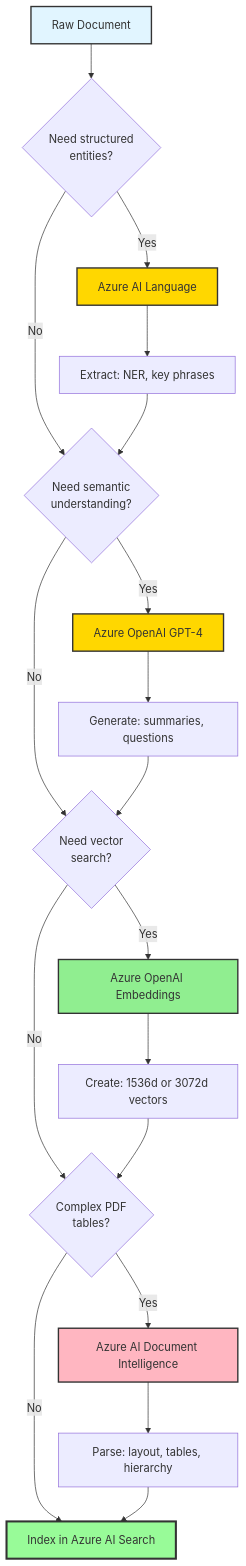
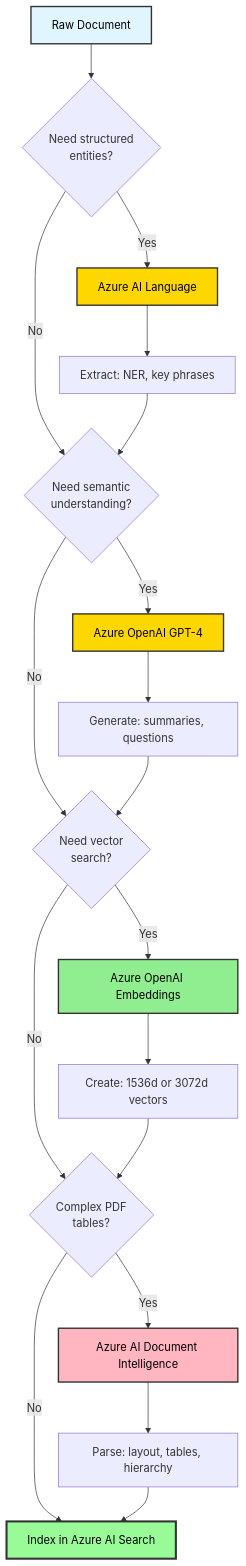
One commit to drewelewis/ai-evaluating-indexing-strategies changed the first of 2 diagrams in guides/azure-data-enrichment-guide.md. Above: the diagram before and after it, drawn with Mermaid. The commit also changed other lines of this file, not shown here.

Commit message:
updated mermaid

````diff
--- a/guides/azure-data-enrichment-guide.md
+++ b/guides/azure-data-enrichment-guide.md
@@ -150,35 +150,35 @@
 ```mermaid
 flowchart TD
     START[Raw Document] --> Q1{Need structured<br/>entities?}
     
     Q1 -->|Yes| LANGUAGE[Azure AI Language]
     Q1 -->|No| Q2
     
     LANGUAGE --> L1[Extract: NER, key phrases]
     L1 --> Q2{Need semantic<br/>understanding?}
     
     Q2 -->|Yes| OPENAI[Azure OpenAI GPT-4]
     Q2 -->|No| Q3
     
     OPENAI --> O1[Generate: summaries, questions]
     O1 --> Q3{Need vector<br/>search?}
     
     Q3 -->|Yes| EMBED[Azure OpenAI Embeddings]
     Q3 -->|No| Q4
     
     EMBED --> E1[Create: 1536d or 3072d vectors]
     E1 --> Q4{Complex PDF<br/>tables?}
     
     Q4 -->|Yes| DOCINT[Azure AI Document Intelligence]
     Q4 -->|No| INDEX
     
     DOCINT --> D1[Parse: layout, tables, hierarchy]
     D1 --> INDEX[Index in Azure AI Search]
     
-    style START fill:#e1f5ff,stroke:#333,stroke-width:2px
-    style LANGUAGE fill:#FFD700,stroke:#333,stroke-width:2px
-    style OPENAI fill:#FFD700,stroke:#333,stroke-width:2px
-    style EMBED fill:#90EE90,stroke:#333,stroke-width:2px
-    style DOCINT fill:#FFB6C1,stroke:#333,stroke-width:2px
-    style INDEX fill:#98FB98,stroke:#333,stroke-width:3px
+    style START fill:#e1f5ff,stroke:#333,stroke-width:2px,color:#000
+    style LANGUAGE fill:#FFD700,stroke:#333,stroke-width:2px,color:#000
+    style OPENAI fill:#FFD700,stroke:#333,stroke-width:2px,color:#000
+    style EMBED fill:#90EE90,stroke:#333,stroke-width:2px,color:#000
+    style DOCINT fill:#FFB6C1,stroke:#333,stroke-width:2px,color:#000
+    style INDEX fill:#98FB98,stroke:#333,stroke-width:3px,color:#000
 ```
````
